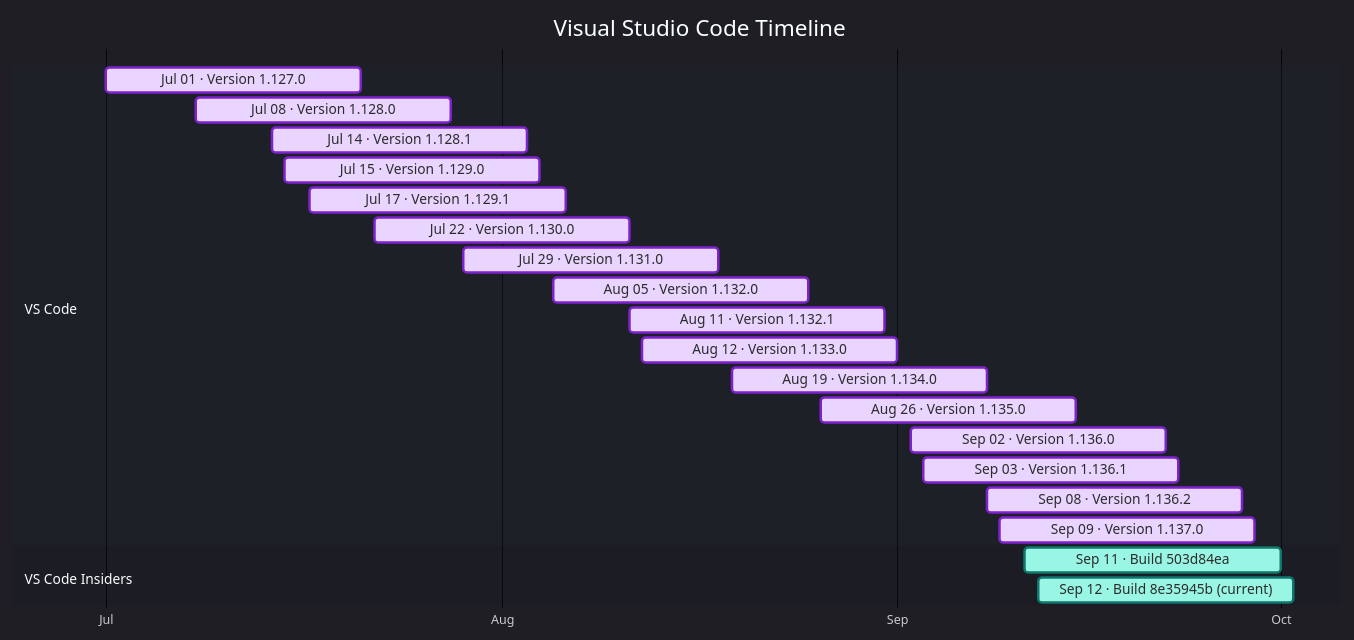
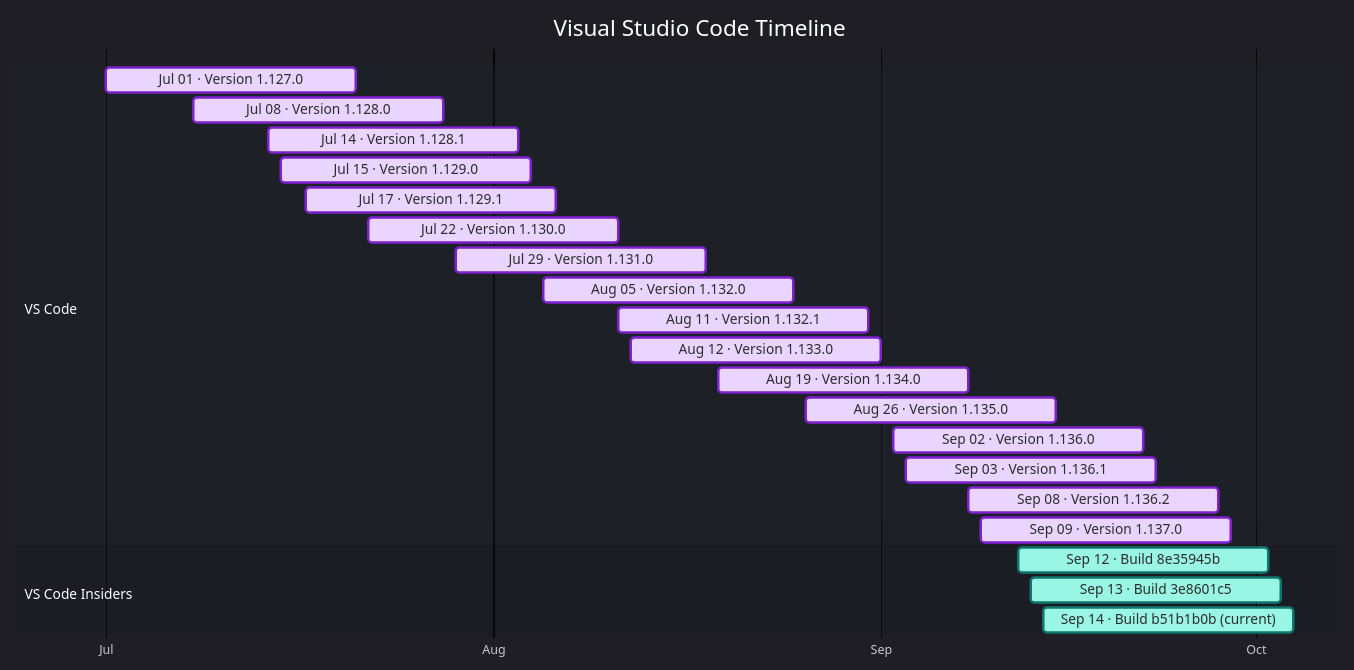
Before and after one commit to Oxelya-DevTools/VisualStudioUpdate: the diagram in docs/vscode.md, drawn with Mermaid. The commit also changed other lines of this file and 1 other file, not shown here.

Commit message:
Update generated release feeds

````diff
--- a/docs/vscode.md
+++ b/docs/vscode.md
@@ -9,28 +9,29 @@
 ```mermaid
 %%{init: {'theme':'dark','themeVariables': { 'fontFamily': 'Segoe UI', 'fontSize': '24px', 'textColor': '#F3F4F6', 'titleTextColor': '#FFFFFF', 'taskTextColor': '#111827', 'taskTextLightColor': '#111827', 'taskTextOutsideColor': '#F3F4F6', 'taskBkgColor': '#BAE6FD', 'taskBorderColor': '#0369A1', 'doneTaskBkgColor': '#E9D5FF', 'doneTaskBorderColor': '#7E22CE', 'activeTaskBkgColor': '#99F6E4', 'activeTaskBorderColor': '#0F766E', 'critTaskBkgColor': '#FED7AA', 'critTaskBorderColor': '#C2410C', 'sectionBkgColor': '#1F2937', 'altSectionBkgColor': '#111827', 'gridColor': '#4B5563', 'todayLineColor': '#F87171' }}}%%
 gantt
     title Visual Studio Code Timeline
     dateFormat  YYYY-MM-DD
     axisFormat  %b
     tickInterval 1month
     section VS Code
     Jul 01 · Version 1.127.0 : done, vscode202607010, 2026-07-01, 20d
     Jul 08 · Version 1.128.0 : done, vscode202607081, 2026-07-08, 20d
     Jul 14 · Version 1.128.1 : done, vscode202607142, 2026-07-14, 20d
     Jul 15 · Version 1.129.0 : done, vscode202607153, 2026-07-15, 20d
     Jul 17 · Version 1.129.1 : done, vscode202607174, 2026-07-17, 20d
     Jul 22 · Version 1.130.0 : done, vscode202607225, 2026-07-22, 20d
     Jul 29 · Version 1.131.0 : done, vscode202607296, 2026-07-29, 20d
     Aug 05 · Version 1.132.0 : done, vscode202608057, 2026-08-05, 20d
     Aug 11 · Version 1.132.1 : done, vscode202608118, 2026-08-11, 20d
     Aug 12 · Version 1.133.0 : done, vscode202608129, 2026-08-12, 20d
     Aug 19 · Version 1.134.0 : done, vscode2026081910, 2026-08-19, 20d
     Aug 26 · Version 1.135.0 : done, vscode2026082611, 2026-08-26, 20d
     Sep 02 · Version 1.136.0 : done, vscode2026090212, 2026-09-02, 20d
     Sep 03 · Version 1.136.1 : done, vscode2026090313, 2026-09-03, 20d
     Sep 08 · Version 1.136.2 : done, vscode2026090814, 2026-09-08, 20d
     Sep 09 · Version 1.137.0 : done, vscode2026090915, 2026-09-09, 20d
     section VS Code Insiders
-    Sep 11 · Build 503d84ea : active, vscodeinsiders202609110, 2026-09-11, 20d
-    Sep 12 · Build 8e35945b (current) : active, vscodeinsiders202609121, 2026-09-12, 20d
+    Sep 12 · Build 8e35945b : active, vscodeinsiders202609120, 2026-09-12, 20d
+    Sep 13 · Build 3e8601c5 : active, vscodeinsiders202609131, 2026-09-13, 20d
+    Sep 14 · Build b51b1b0b (current) : active, vscodeinsiders202609142, 2026-09-14, 20d
 ```
````
